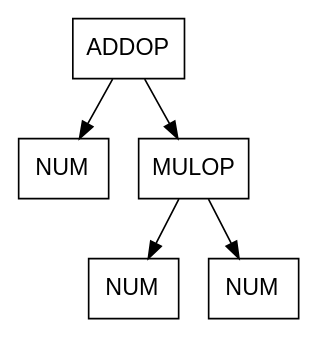
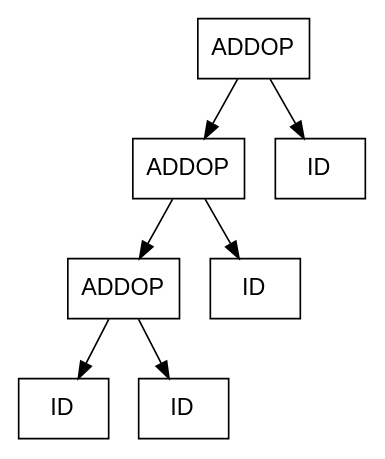
One commit to WalterIrvin/Compiler_Project changed the diagram in Typescript_Compiler/expected.dot. Above: the diagram before and after it, drawn with Graphviz. The commit also changed 5 other files, not shown here.

```diff
--- a/Typescript_Compiler/expected.dot
+++ b/Typescript_Compiler/expected.dot
@@ -1,12 +1,16 @@
 digraph d{
 node [fontname="Helvetica",shape=box];
 n0 [label=<ADDOP>];
-n1 [label=<NUM>];
-n2 [label=<MULOP>];
-n3 [label=<NUM>];
-n4 [label=<NUM>];
+n1 [label=<ADDOP>];
+n2 [label=<ADDOP>];
+n3 [label=<ID>];
+n4 [label=<ID>];
+n5 [label=<ID>];
+n6 [label=<ID>];
 n0 -> n1;
-n0 -> n2;
+n0 -> n6;
+n1 -> n2;
+n1 -> n5;
 n2 -> n3;
 n2 -> n4;
 }
```
